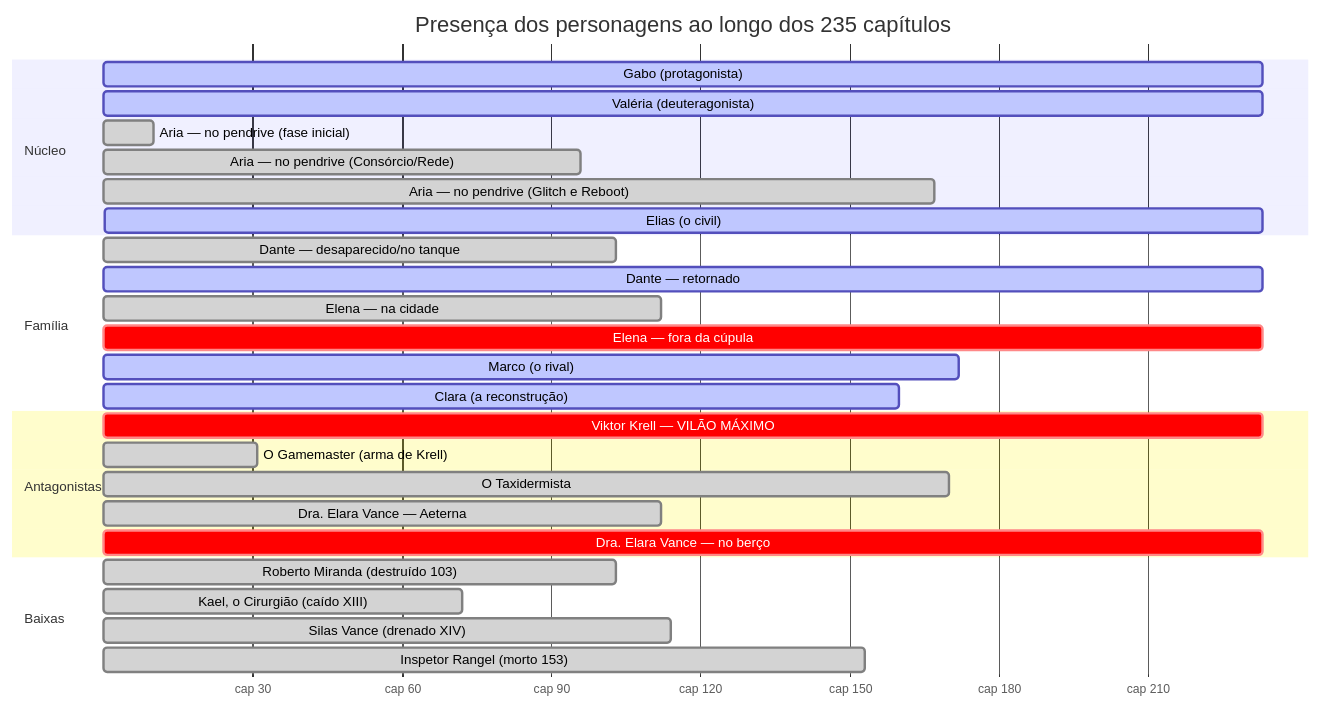
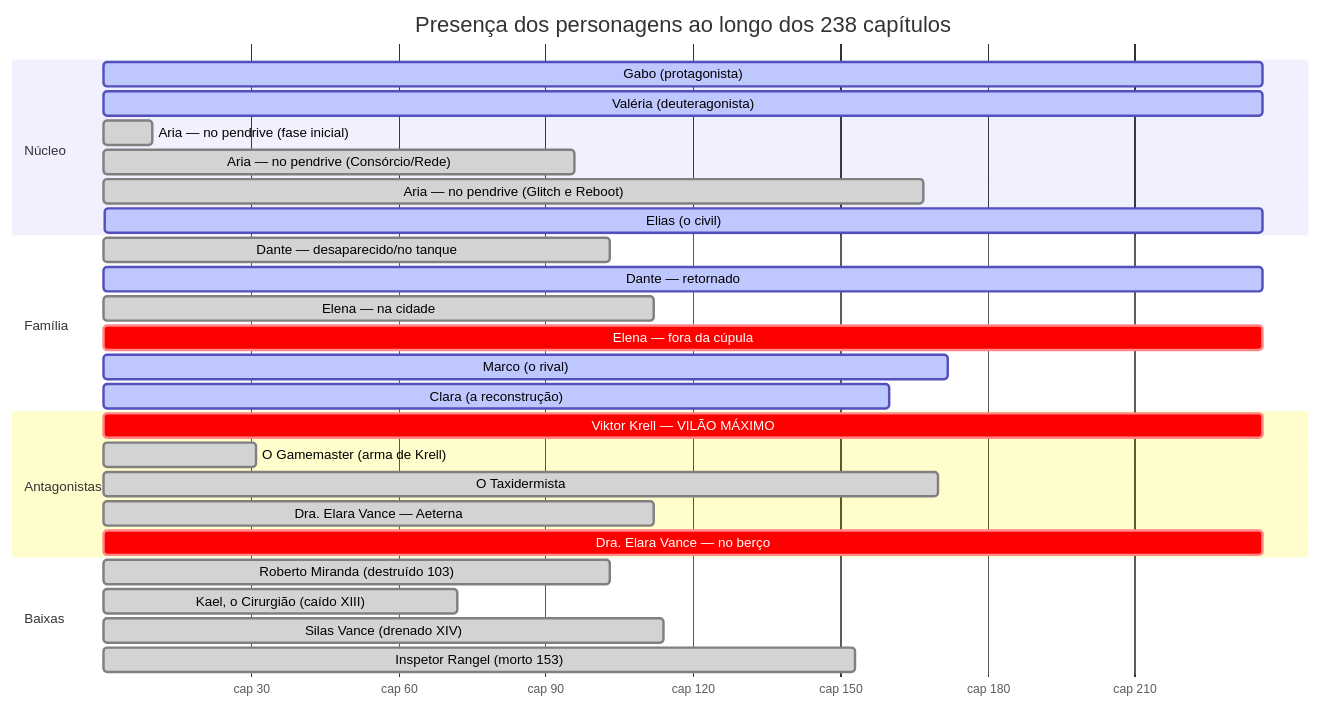
The second of 4 diagrams in docs/arcos.md (juninmd/ecos-de-baia-cinzenta), drawn with Mermaid before and after one commit. The commit also changed other lines of this file and 8 other files, not shown here.

````diff
--- a/docs/arcos.md
+++ b/docs/arcos.md
@@ -96,35 +96,35 @@
 ```mermaid
 gantt
-    title Presença dos personagens ao longo dos 235 capítulos
+    title Presença dos personagens ao longo dos 238 capítulos
     dateFormat X
     axisFormat cap %s
 
     section Núcleo
-    Gabo (protagonista)                       :active, 1, 233
-    Valéria (deuteragonista)             :active, 3, 233
+    Gabo (protagonista)                       :active, 1, 236
+    Valéria (deuteragonista)             :active, 3, 236
     Aria — no pendrive (fase inicial)    :done, 2, 10
     Aria — no pendrive (Consórcio/Rede)  :done, 56, 96
     Aria — no pendrive (Glitch e Reboot) :done, 109, 167
-    Elias (o civil)                      :active, 193, 233
+    Elias (o civil)                      :active, 193, 236
 
     section Família
     Dante — desaparecido/no tanque       :done, 1, 103
-    Dante — retornado                    :active, 104, 233
+    Dante — retornado                    :active, 104, 236
     Elena — na cidade                    :done, 17, 112
-    Elena — fora da cúpula               :crit, 113, 233
+    Elena — fora da cúpula               :crit, 113, 236
     Marco (o rival)                      :active, 4, 172
     Clara (a reconstrução)               :active, 29, 160
 
     section Antagonistas
-    Viktor Krell — VILÃO MÁXIMO          :crit, 4, 233
+    Viktor Krell — VILÃO MÁXIMO          :crit, 4, 236
     O Gamemaster (arma de Krell)         :done, 14, 31
     O Taxidermista                       :done, 3, 170
     Dra. Elara Vance — Aeterna           :done, 13, 112
-    Dra. Elara Vance — no berço          :crit, 113, 233
+    Dra. Elara Vance — no berço          :crit, 113, 236
 
     section Baixas
     Roberto Miranda (destruído 103)      :done, 1, 103
     Kael, o Cirurgião (caído XIII)       :done, 4, 72
     Silas Vance (drenado XIV)            :done, 76, 114
     Inspetor Rangel (morto 153)          :done, 2, 153
 ```
````
